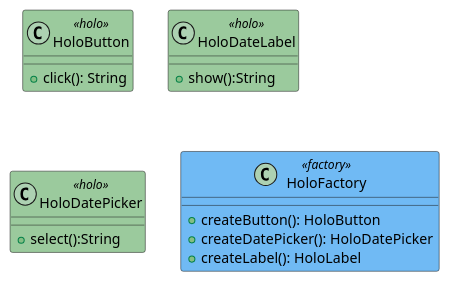
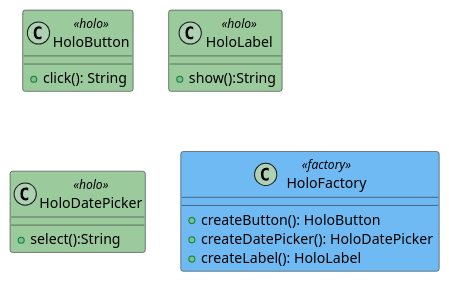
Before and after one commit to jandry/design-pattern: the diagram in src/uml/abstractfactory.puml, drawn with PlantUML.

Commit message:
Fic name

```diff
--- a/src/uml/abstractfactory.puml
+++ b/src/uml/abstractfactory.puml
@@ -1,23 +1,23 @@
 @startuml AbstractFactory
 
 skinparam class {
     BackgroundColor<<holo>> #9bca9d
 	BackgroundColor<<factory>> #70baf4
 }
 
 class HoloButton <<holo>> {
     + click(): String
 }
-class HoloDateLabel <<holo>> {
+class HoloLabel <<holo>> {
     + show():String
 }
 class HoloDatePicker <<holo>> {
     + select():String
 }
 
 class HoloFactory <<factory>>{
     + createButton(): HoloButton
     + createDatePicker(): HoloDatePicker
     + createLabel(): HoloLabel
 }
 @enduml
```
